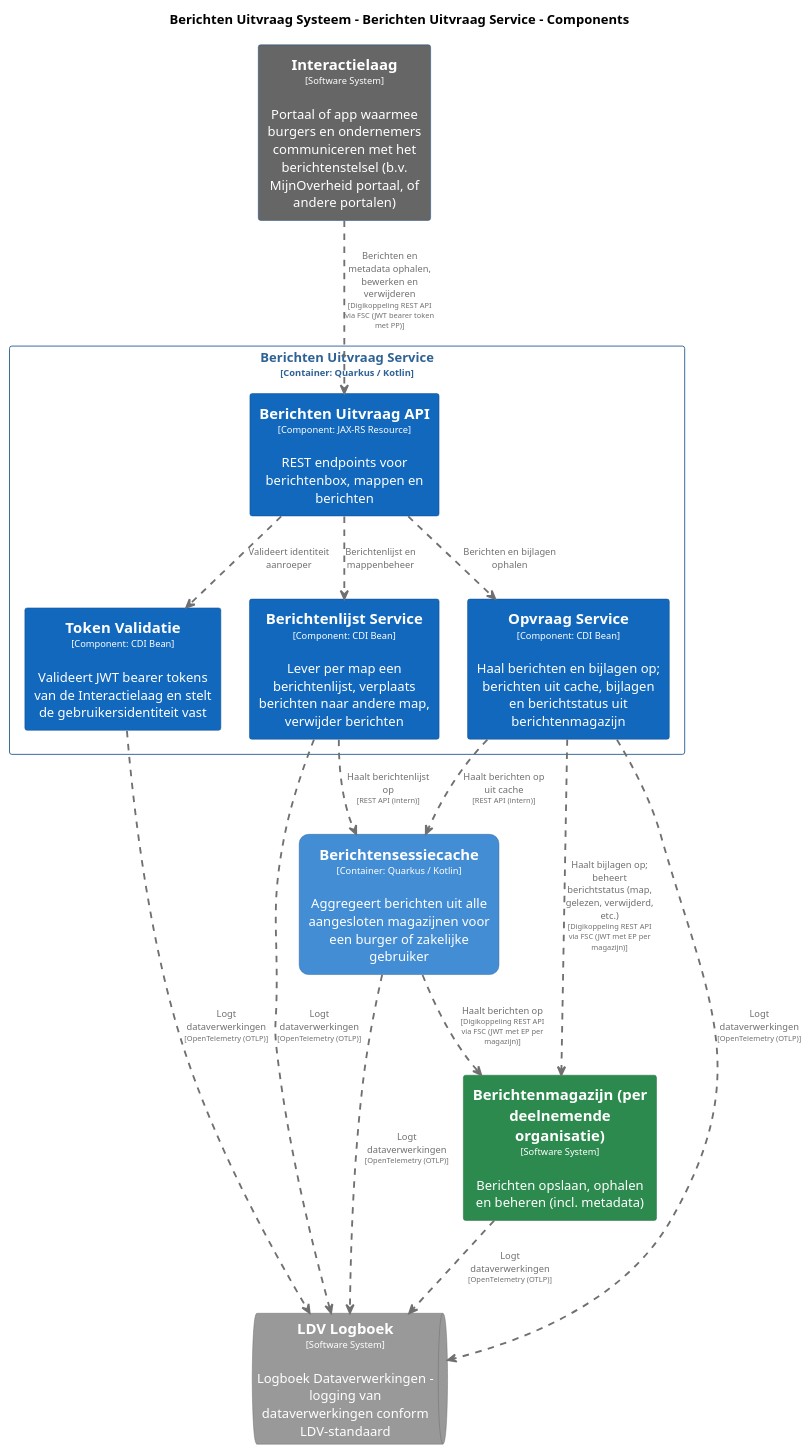
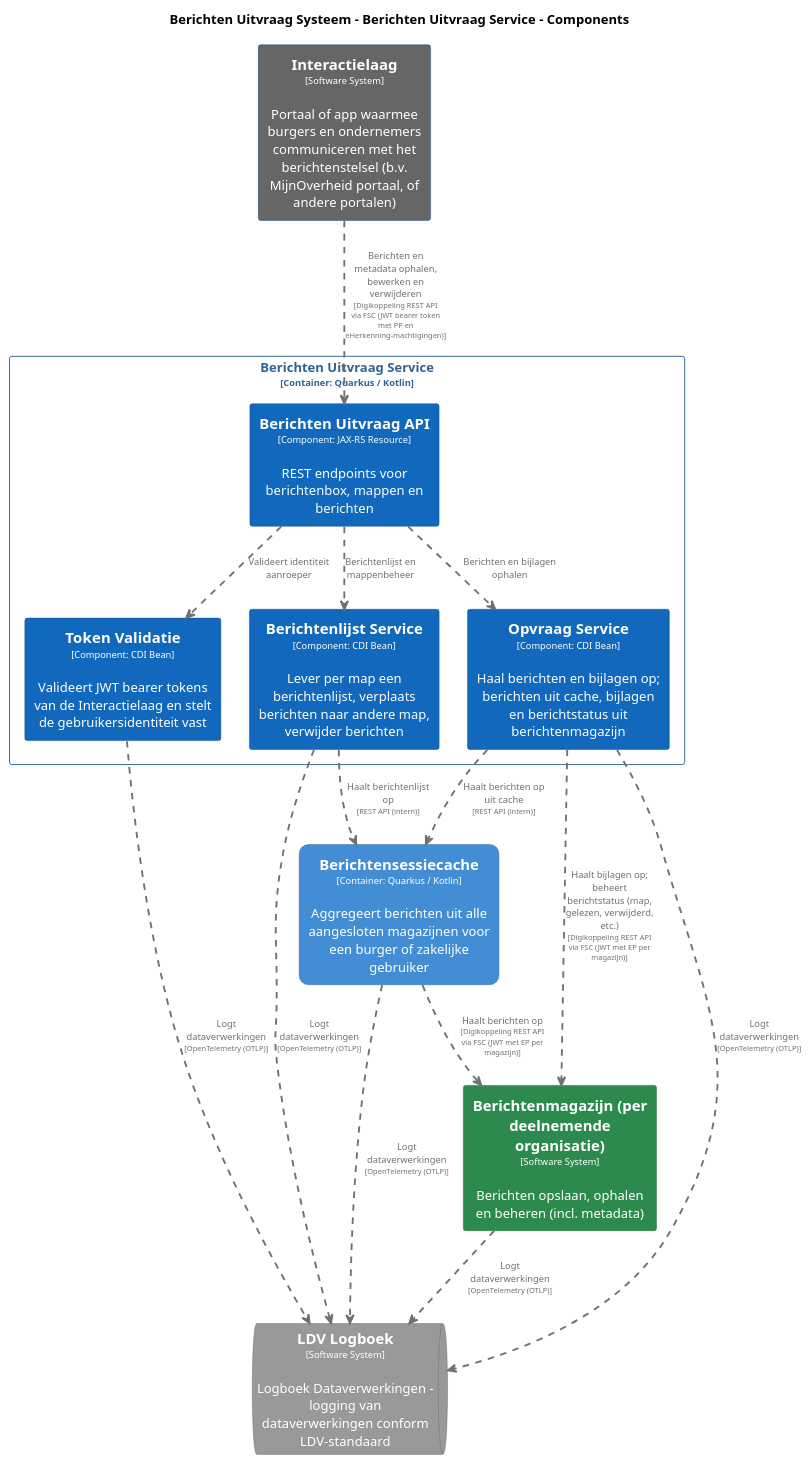
One commit to MinBZK/moza-poc-fbs-berichtenbox changed the diagram in pr-preview/pr-22/master/puml/BerichtenUitvraagServiceComponenten.puml. Above: the diagram before and after it, drawn with PlantUML. The commit also changed 24 other files, not shown here.

```diff
--- a/pr-preview/pr-22/master/puml/BerichtenUitvraagServiceComponenten.puml
+++ b/pr-preview/pr-22/master/puml/BerichtenUitvraagServiceComponenten.puml
@@ -1,98 +1,98 @@
 @startuml
 set separator none
 title Berichten Uitvraag Systeem - Berichten Uitvraag Service - Components
 
 top to bottom direction
 skinparam ranksep 60
 skinparam nodesep 30
 
 skinparam {
   arrowFontSize 10
   defaultTextAlignment center
   wrapWidth 200
   maxMessageSize 100
 }
 
 hide stereotype
 
 skinparam rectangle<<BerichtenUitvraagSysteem.BerichtenUitvraagService.BerichtenUitvraagAPI>> {
   BackgroundColor #1168bd
   FontColor #ffffff
   BorderColor #0b4884
   shadowing false
 }
 skinparam rectangle<<BerichtenUitvraagSysteem.BerichtenUitvraagService.BerichtenlijstService>> {
   BackgroundColor #1168bd
   FontColor #ffffff
   BorderColor #0b4884
   shadowing false
 }
 skinparam rectangle<<Berichtenmagazijnperdeelnemendeorganisatie>> {
   BackgroundColor #2d8a4e
   FontColor #ffffff
   BorderColor #1e6b38
   shadowing false
 }
 skinparam rectangle<<BerichtenUitvraagSysteem.Berichtensessiecache>> {
   BackgroundColor #438dd5
   FontColor #ffffff
   BorderColor #2e6295
   roundCorner 20
   shadowing false
 }
 skinparam rectangle<<Interactielaag>> {
   BackgroundColor #666666
   FontColor #ffffff
   BorderColor #0b4884
   shadowing false
 }
 skinparam queue<<LDVLogboek>> {
   BackgroundColor #999999
   FontColor #ffffff
   BorderColor #6b6b6b
   shadowing false
 }
 skinparam rectangle<<BerichtenUitvraagSysteem.BerichtenUitvraagService.OpvraagService>> {
   BackgroundColor #1168bd
   FontColor #ffffff
   BorderColor #0b4884
   shadowing false
 }
 skinparam rectangle<<BerichtenUitvraagSysteem.BerichtenUitvraagService.TokenValidatie>> {
   BackgroundColor #1168bd
   FontColor #ffffff
   BorderColor #0b4884
   shadowing false
 }
 skinparam rectangle<<BerichtenUitvraagSysteem.BerichtenUitvraagService>> {
   BorderColor #2e6295
   FontColor #2e6295
   shadowing false
 }
 
 rectangle "==Interactielaag\n<size:10>[Software System]</size>\n\nPortaal of app waarmee burgers en ondernemers communiceren met het berichtenstelsel (b.v. MijnOverheid portaal, of andere portalen)" <<Interactielaag>> as Interactielaag
 rectangle "==Berichtenmagazijn (per deelnemende organisatie)\n<size:10>[Software System]</size>\n\nBerichten opslaan, ophalen en beheren (incl. metadata)" <<Berichtenmagazijnperdeelnemendeorganisatie>> as Berichtenmagazijnperdeelnemendeorganisatie
 rectangle "==Berichtensessiecache\n<size:10>[Container: Quarkus / Kotlin]</size>\n\nAggregeert berichten uit alle aangesloten magazijnen voor een burger of zakelijke gebruiker" <<BerichtenUitvraagSysteem.Berichtensessiecache>> as BerichtenUitvraagSysteem.Berichtensessiecache
 queue "==LDV Logboek\n<size:10>[Software System]</size>\n\nLogboek Dataverwerkingen - logging van dataverwerkingen conform LDV-standaard" <<LDVLogboek>> as LDVLogboek
 
 rectangle "Berichten Uitvraag Service\n<size:10>[Container: Quarkus / Kotlin]</size>" <<BerichtenUitvraagSysteem.BerichtenUitvraagService>> {
   rectangle "==Berichten Uitvraag API\n<size:10>[Component: JAX-RS Resource]</size>\n\nREST endpoints voor berichtenbox, mappen en berichten" <<BerichtenUitvraagSysteem.BerichtenUitvraagService.BerichtenUitvraagAPI>> as BerichtenUitvraagSysteem.BerichtenUitvraagService.BerichtenUitvraagAPI
   rectangle "==Token Validatie\n<size:10>[Component: CDI Bean]</size>\n\nValideert JWT bearer tokens van de Interactielaag en stelt de gebruikersidentiteit vast" <<BerichtenUitvraagSysteem.BerichtenUitvraagService.TokenValidatie>> as BerichtenUitvraagSysteem.BerichtenUitvraagService.TokenValidatie
   rectangle "==Berichtenlijst Service\n<size:10>[Component: CDI Bean]</size>\n\nLever per map een berichtenlijst, verplaats berichten naar andere map, verwijder berichten" <<BerichtenUitvraagSysteem.BerichtenUitvraagService.BerichtenlijstService>> as BerichtenUitvraagSysteem.BerichtenUitvraagService.BerichtenlijstService
   rectangle "==Opvraag Service\n<size:10>[Component: CDI Bean]</size>\n\nHaal berichten en bijlagen op; berichten uit cache, bijlagen en berichtstatus uit berichtenmagazijn" <<BerichtenUitvraagSysteem.BerichtenUitvraagService.OpvraagService>> as BerichtenUitvraagSysteem.BerichtenUitvraagService.OpvraagService
 }
 
 BerichtenUitvraagSysteem.Berichtensessiecache .[#707070,thickness=2].> Berichtenmagazijnperdeelnemendeorganisatie : "<color:#707070>Haalt berichten op\n<color:#707070><size:8>[Digikoppeling REST API via FSC (JWT met EP per magazijn)]</size>"
 Berichtenmagazijnperdeelnemendeorganisatie .[#707070,thickness=2].> LDVLogboek : "<color:#707070>Logt dataverwerkingen\n<color:#707070><size:8>[OpenTelemetry (OTLP)]</size>"
 BerichtenUitvraagSysteem.Berichtensessiecache .[#707070,thickness=2].> LDVLogboek : "<color:#707070>Logt dataverwerkingen\n<color:#707070><size:8>[OpenTelemetry (OTLP)]</size>"
 BerichtenUitvraagSysteem.BerichtenUitvraagService.TokenValidatie .[#707070,thickness=2].> LDVLogboek : "<color:#707070>Logt dataverwerkingen\n<color:#707070><size:8>[OpenTelemetry (OTLP)]</size>"
 BerichtenUitvraagSysteem.BerichtenUitvraagService.BerichtenlijstService .[#707070,thickness=2].> LDVLogboek : "<color:#707070>Logt dataverwerkingen\n<color:#707070><size:8>[OpenTelemetry (OTLP)]</size>"
 BerichtenUitvraagSysteem.BerichtenUitvraagService.OpvraagService .[#707070,thickness=2].> LDVLogboek : "<color:#707070>Logt dataverwerkingen\n<color:#707070><size:8>[OpenTelemetry (OTLP)]</size>"
 BerichtenUitvraagSysteem.BerichtenUitvraagService.BerichtenUitvraagAPI .[#707070,thickness=2].> BerichtenUitvraagSysteem.BerichtenUitvraagService.TokenValidatie : "<color:#707070>Valideert identiteit aanroeper"
 BerichtenUitvraagSysteem.BerichtenUitvraagService.BerichtenUitvraagAPI .[#707070,thickness=2].> BerichtenUitvraagSysteem.BerichtenUitvraagService.BerichtenlijstService : "<color:#707070>Berichtenlijst en mappenbeheer"
 BerichtenUitvraagSysteem.BerichtenUitvraagService.BerichtenUitvraagAPI .[#707070,thickness=2].> BerichtenUitvraagSysteem.BerichtenUitvraagService.OpvraagService : "<color:#707070>Berichten en bijlagen ophalen"
 BerichtenUitvraagSysteem.BerichtenUitvraagService.OpvraagService .[#707070,thickness=2].> BerichtenUitvraagSysteem.Berichtensessiecache : "<color:#707070>Haalt berichten op uit cache\n<color:#707070><size:8>[REST API (intern)]</size>"
 BerichtenUitvraagSysteem.BerichtenUitvraagService.BerichtenlijstService .[#707070,thickness=2].> BerichtenUitvraagSysteem.Berichtensessiecache : "<color:#707070>Haalt berichtenlijst op\n<color:#707070><size:8>[REST API (intern)]</size>"
-Interactielaag .[#707070,thickness=2].> BerichtenUitvraagSysteem.BerichtenUitvraagService.BerichtenUitvraagAPI : "<color:#707070>Berichten en metadata ophalen, bewerken en verwijderen\n<color:#707070><size:8>[Digikoppeling REST API via FSC (JWT bearer token met PP)]</size>"
+Interactielaag .[#707070,thickness=2].> BerichtenUitvraagSysteem.BerichtenUitvraagService.BerichtenUitvraagAPI : "<color:#707070>Berichten en metadata ophalen, bewerken en verwijderen\n<color:#707070><size:8>[Digikoppeling REST API via FSC (JWT bearer token met PP en eHerkenning-machtigingen)]</size>"
 BerichtenUitvraagSysteem.BerichtenUitvraagService.OpvraagService .[#707070,thickness=2].> Berichtenmagazijnperdeelnemendeorganisatie : "<color:#707070>Haalt bijlagen op; beheert berichtstatus (map, gelezen, verwijderd, etc.)\n<color:#707070><size:8>[Digikoppeling REST API via FSC (JWT met EP per magazijn)]</size>"
 @enduml
```
